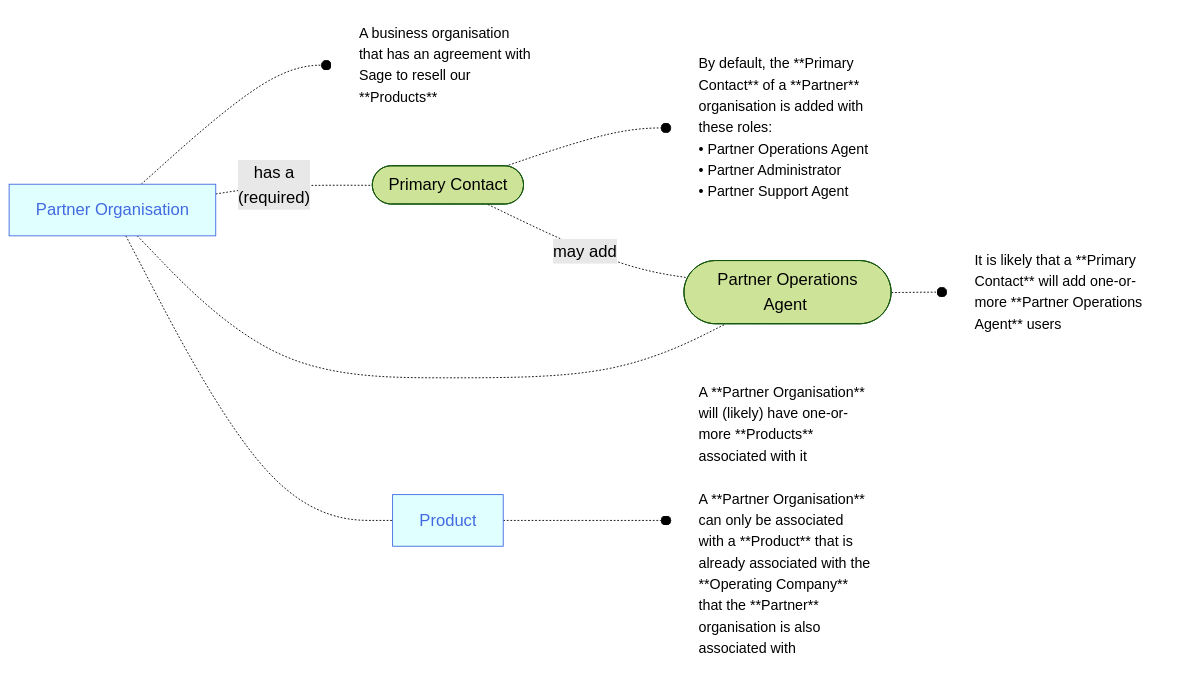
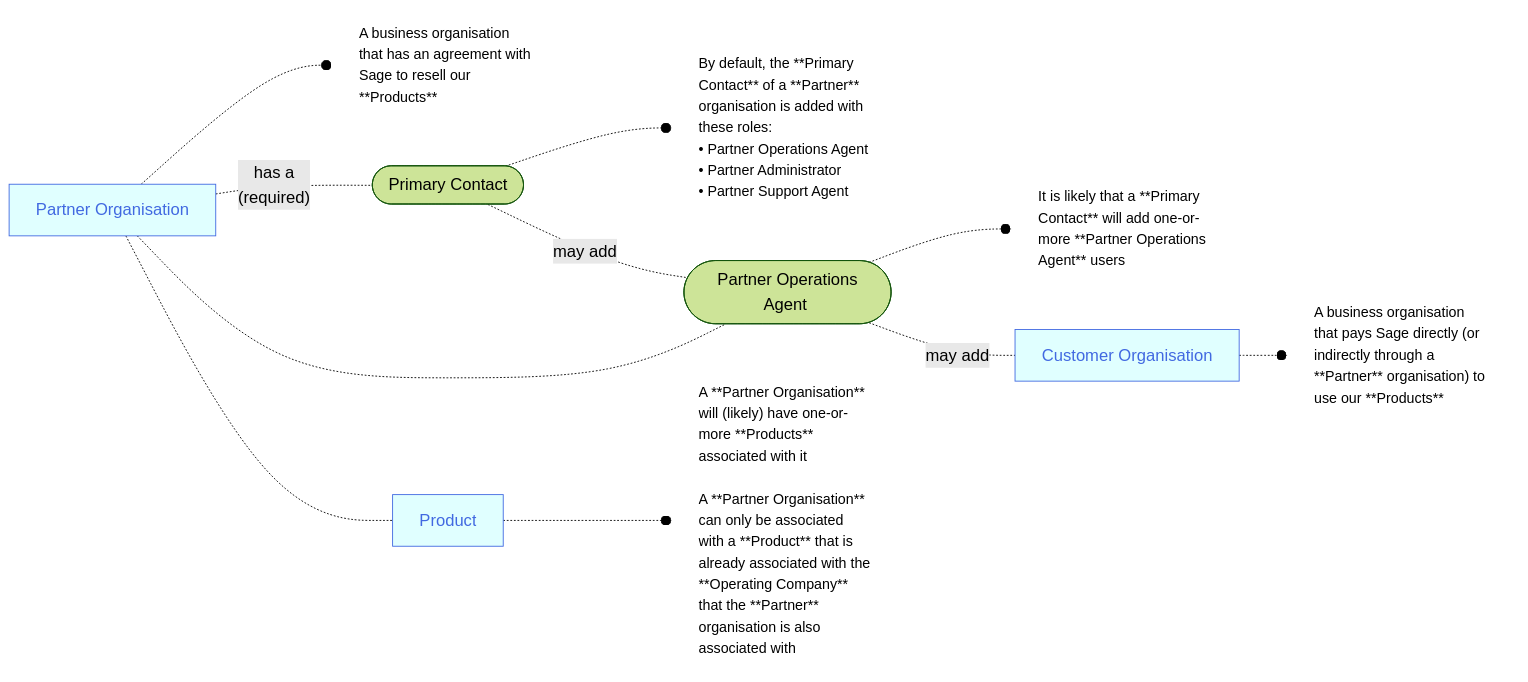
One commit to joe-dorward/samples changed the diagram in 2025_Sage/11_What is a Partner organisation.mdx. Above: the diagram before and after it, drawn with Mermaid.

Commit message:
Update 11_What is a Partner organisation.mdx

````diff
--- a/2025_Sage/11_What is a Partner organisation.mdx
+++ b/2025_Sage/11_What is a Partner organisation.mdx
@@ -3,38 +3,42 @@
 ```mermaid
 %%{
   init: {
     'theme': 'forest',
     'themeVariables': {
       'fontSize':'14pt'
     }
   }
 }%%
 flowchart LR
   classDef Sage fill:seagreen, color:honeydew;
   classDef Noun fill:lightcyan, stroke:royalblue, color:royalblue;
   classDef Note fill:transparent, stroke:white, text-align:left, font-size: 95%;
 
   PARTNER_ORGANISATION_01[&nbsp;Partner Organisation&nbsp;]-.-o
   PARTNER_ORGANISATION_01_NOTE[A business organisation that has an agreement with Sage to resell our **Products**]
 
   PARTNER_ORGANISATION_01[Partner Organisation]-.has a<br/>(required).-
   PRIMARY_CONTACT_01([&nbsp;Primary Contact&nbsp;])-.-o
   PRIMARY_CONTACT_01_NOTE[By default, the **Primary Contact** of a **Partner** organisation is added with these roles:<br/>&bull; Partner Operations Agent<br/>&bull; Partner Administrator<br/>&bull; Partner Support Agent]
 
   PRIMARY_CONTACT_01-.may add.-
   PARTNER_OPERATIONS_AGENT_01([&nbsp;Partner Operations Agent&nbsp;])-.-o
   PARTNER_OPERATIONS_AGENT_01_NOTE[It is likely that a **Primary Contact** will add one-or-more **Partner Operations Agent** users]
 
   PARTNER_ORGANISATION_01-.-
   PARTNER_OPERATIONS_AGENT_01
 
   PARTNER_ORGANISATION_01-.-
   PRODUCT_01["Product"]-.-o
   PRODUCT_01_NOTE["A **Partner Organisation** will (likely) have one-or-more **Products** associated with it<br/><br/>A **Partner Organisation** can only be associated with a **Product** that is already associated with the **Operating Company** that the **Partner** organisation is also associated with"]
 
+  PARTNER_OPERATIONS_AGENT_01-.may add.-
+  CUSTOMER_ORGANISATION_01[Customer Organisation]-.-o
+  CUSTOMER_ORGANISATION_01_NOTE["A business organisation that pays Sage directly (or indirectly through a **Partner** organisation) to use our **Products**"]
+
   %% ---------- ---------- ---------- ---------- ---------- ---------- ---------- ---------- ---------- ----------
-  class PARTNER_ORGANISATION_01,PRODUCT_01 Noun
+  class PARTNER_ORGANISATION_01,PRODUCT_01,CUSTOMER_ORGANISATION_01 Noun
 
   class PARTNER_ORGANISATION_01_NOTE,PRIMARY_CONTACT_01_NOTE Note
-  class PARTNER_OPERATIONS_AGENT_01_NOTE,PRODUCT_01_NOTE Note
+  class PARTNER_OPERATIONS_AGENT_01_NOTE,PRODUCT_01_NOTE,CUSTOMER_ORGANISATION_01_NOTE Note
 ```
````
